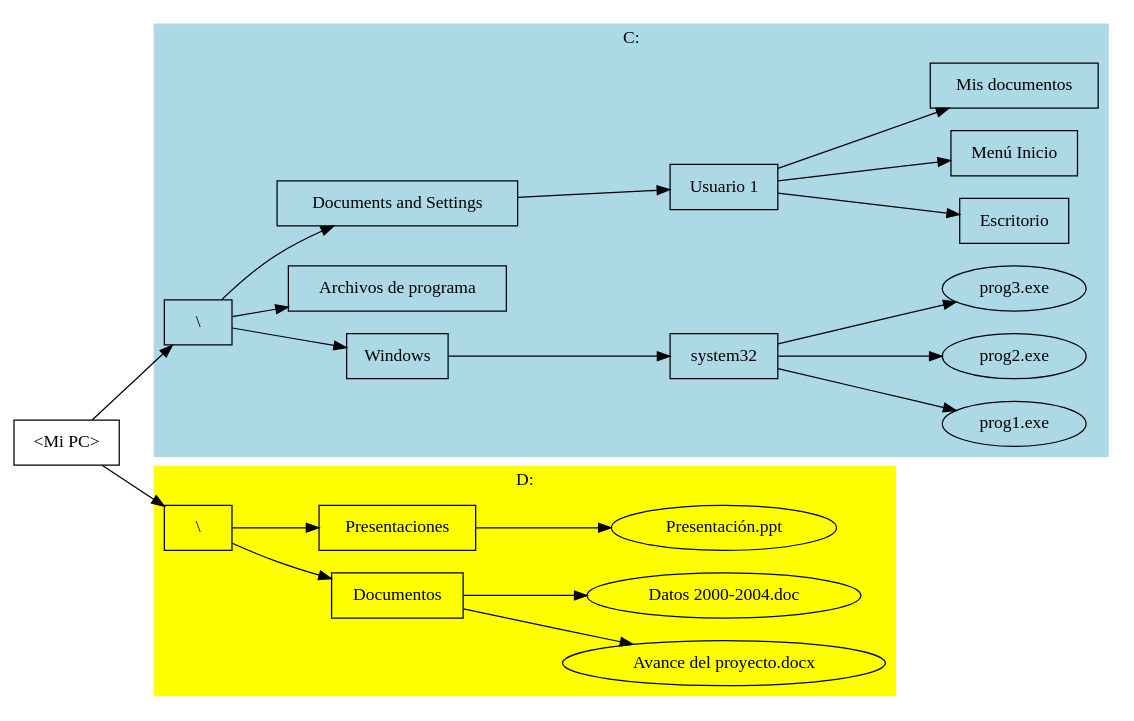
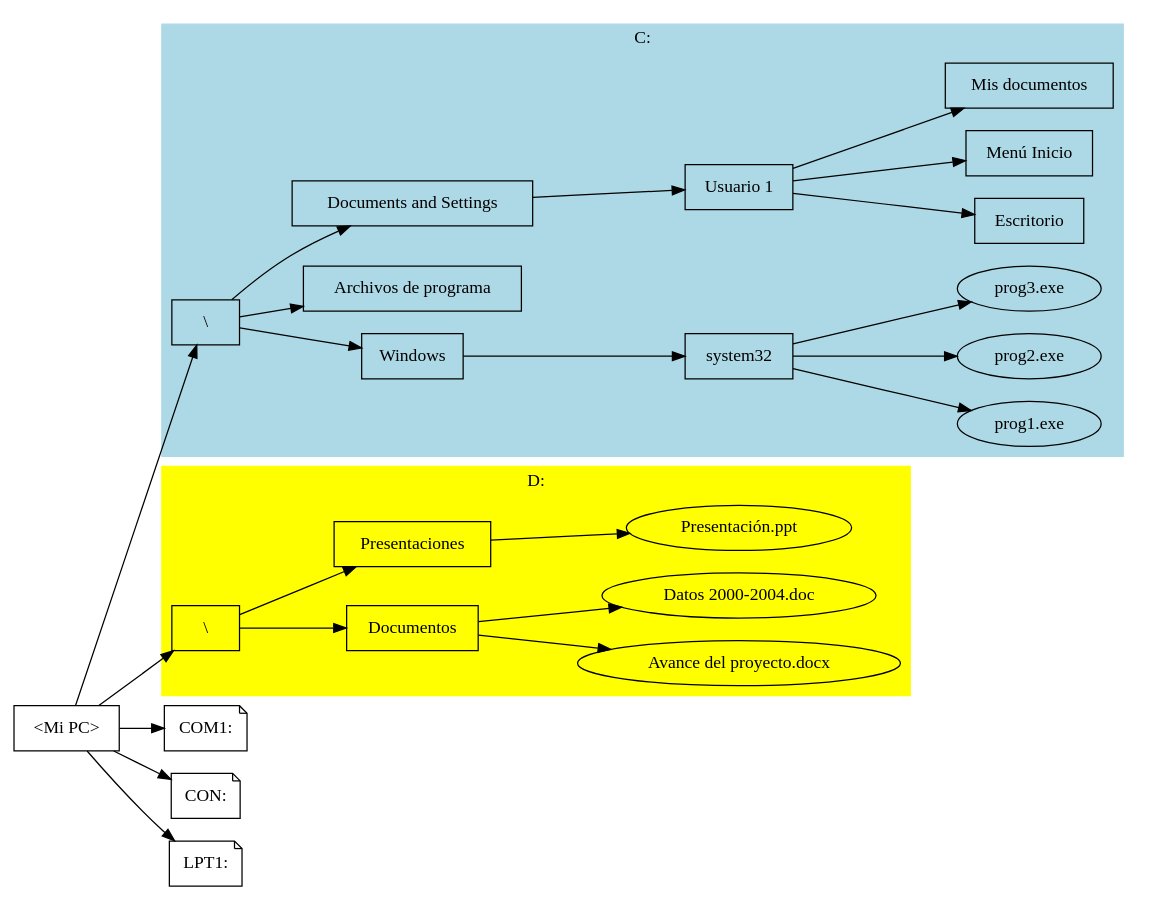
The sixth of 14 diagrams in notas/05_sistemas_de_archivos.org (gwolf/sistop), drawn with Graphviz before and after one commit. The commit also changed other lines of this file, not shown here.

Commit message:
Clarifico/mejoro los esquemas de árboles de directorio

```diff
--- a/notas/05_sistemas_de_archivos.org
+++ b/notas/05_sistemas_de_archivos.org
@@ -1259,56 +1271,63 @@
 #+begin_src dot :exports results :file ltxpng/montaje_windows.png
-digraph G {
-	rankdir=LR;
-	subgraph cluster0 {
-		label = "C:"
-		color = lightblue;
-		style="filled"
-		raiz_c [shape=box, label="\\"];
-		windows [shape=box, label="Windows"];
-		archprog [shape=box, label="Archivos de programa"]
-		docset [shape=box, label="Documents and Settings"]
-		usr1 [shape=box, label="Usuario 1"]
-		desktop [shape=box, label="Escritorio"]
-		menu [shape=box, label="Menú Inicio"]
-		misdoc [shape=box, label="Mis documentos"]
-		system32 [shape=box];
-		prog1 [label="prog1.exe"];
-		prog2 [label="prog2.exe"];
-		prog3 [label="prog3.exe"];
-
-		raiz_c -> windows;
-		windows -> system32;
-		system32 -> prog1;
-		system32 -> prog2;
-		system32 -> prog3;
-		raiz_c -> archprog;
-		raiz_c -> docset;
-		docset -> usr1;
-		usr1 -> desktop;
-		usr1 -> menu;
-		usr1 -> misdoc;
-	}
-
-	subgraph cluster1 {
-		label = "D:"
-		color = yellow;
-		style="filled"
-		raiz_d [shape=box, label="\\"];
-		doc [shape=box, label="Documentos"]
-		pres [shape=box, label="Presentaciones"]
-		doc1 [label="Avance del proyecto.docx"]
-		doc2 [label="Datos 2000-2004.doc"]
-		pres1 [label="Presentación.ppt"]
-
-		raiz_d -> doc;
-		raiz_d -> pres;
-		doc -> doc1;
-		doc -> doc2;
-		pres -> pres1;
-	}
-
-	raiz [shape=box, label="<Mi PC>"];
-	raiz -> raiz_c
-	raiz -> raiz_d
-}
+  digraph G {
+          rankdir=LR;
+          subgraph cluster0 {
+                  label = "C:"
+                  color = lightblue;
+                  style="filled"
+                  raiz_c [shape=box, label="\\"];
+                  windows [shape=box, label="Windows"];
+                  archprog [shape=box, label="Archivos de programa"]
+                  docset [shape=box, label="Documents and Settings"]
+                  usr1 [shape=box, label="Usuario 1"]
+                  desktop [shape=box, label="Escritorio"]
+                  menu [shape=box, label="Menú Inicio"]
+                  misdoc [shape=box, label="Mis documentos"]
+                  system32 [shape=box];
+                  prog1 [label="prog1.exe"];
+                  prog2 [label="prog2.exe"];
+                  prog3 [label="prog3.exe"];
+  
+                  raiz_c -> windows;
+                  windows -> system32;
+                  system32 -> prog1;
+                  system32 -> prog2;
+                  system32 -> prog3;
+                  raiz_c -> archprog;
+                  raiz_c -> docset;
+                  docset -> usr1;
+                  usr1 -> desktop;
+                  usr1 -> menu;
+                  usr1 -> misdoc;
+          }
+  
+          subgraph cluster1 {
+                  label = "D:"
+                  color = yellow;
+                  style="filled"
+                  raiz_d [shape=box, label="\\"];
+                  doc [shape=box, label="Documentos"]
+                  pres [shape=box, label="Presentaciones"]
+                  doc1 [label="Avance del proyecto.docx"]
+                  doc2 [label="Datos 2000-2004.doc"]
+                  pres1 [label="Presentación.ppt"]
+  
+                  raiz_d -> doc;
+                  raiz_d -> pres;
+                  doc -> doc1;
+                  doc -> doc2;
+                  pres -> pres1;
+          }
+  
+          raiz [shape=box, label="<Mi PC>"];
+          raiz -> COM1;
+          raiz -> CON;
+          raiz -> LPT1;
+          raiz -> raiz_c;
+          raiz -> raiz_d;
+  
+          COM1 [shape=note, label="COM1:"]
+          LPT1 [shape=note, label="LPT1:"]
+          CON [shape=note, label="CON:"]
+  }
 #+end_src
```
